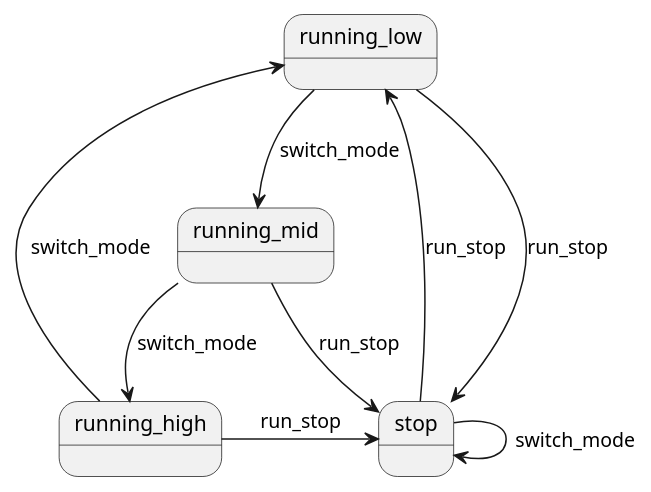
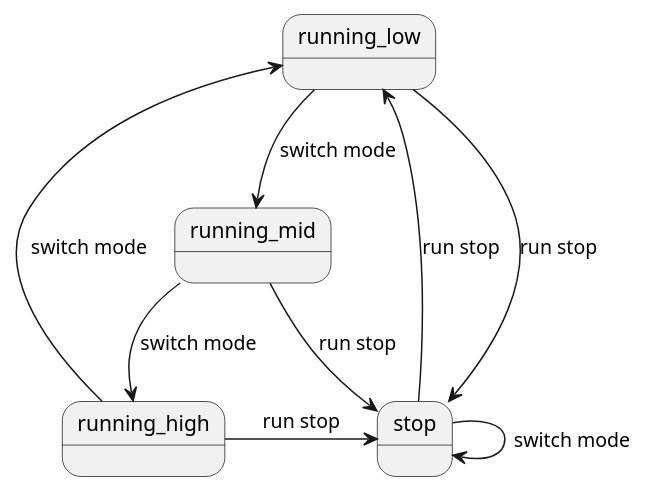
One commit to yoichi-ihara/StateDiagram2MarkdownTables changed the diagram in test/suite/data/test-complex3.md. Above: the diagram before and after it, drawn with PlantUML. The commit also changed 6 other files, not shown here.

````diff
--- a/test/suite/data/test-complex3.md
+++ b/test/suite/data/test-complex3.md
@@ -1,11 +1,11 @@
 ``` plantuml
 state "stop" as stop
-stop -right-> running_low : run_stop
-stop -down-> stop : switch_mode
-running_low -> stop : run_stop
-running_low -down-> running_mid : switch_mode
-running_mid -> stop : run_stop
-running_mid -down-> running_high : switch_mode
-running_high -> stop : run_stop
-running_high -up-> running_low : switch_mode
+stop -right-> running_low : run stop
+stop -down-> stop : switch mode
+running_low -> stop : run stop
+running_low -down-> running_mid : switch mode
+running_mid -> stop : run stop
+running_mid -down-> running_high : switch mode
+running_high -> stop : run stop
+running_high -up-> running_low : switch mode
 ```
````
